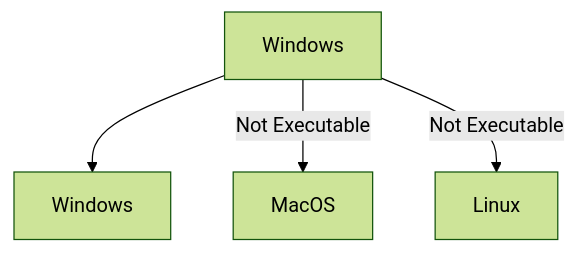
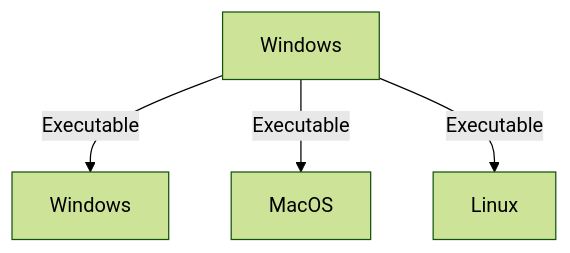
One commit to Kunalshetye321/Complete-Java-Guide changed the third of 3 diagrams in basics/Introduction.md. Above: the diagram before and after it, drawn with Mermaid (forest theme). The commit also changed other lines of this file, not shown here.

Commit message:
Update Introduction.md
sd

````diff
--- a/basics/Introduction.md
+++ b/basics/Introduction.md
@@ -35,6 +35,6 @@
 ```mermaid
 flowchart TD
-    A[Windows] --> B[Windows]
-    A --> |Not Executable|C[MacOS]
-    A --> |Not Executable|D[Linux]
+    A[Windows] --> |Executable|B[Windows]
+    A --> |Executable|C[MacOS]
+    A --> |Executable|D[Linux]
 ```
````
